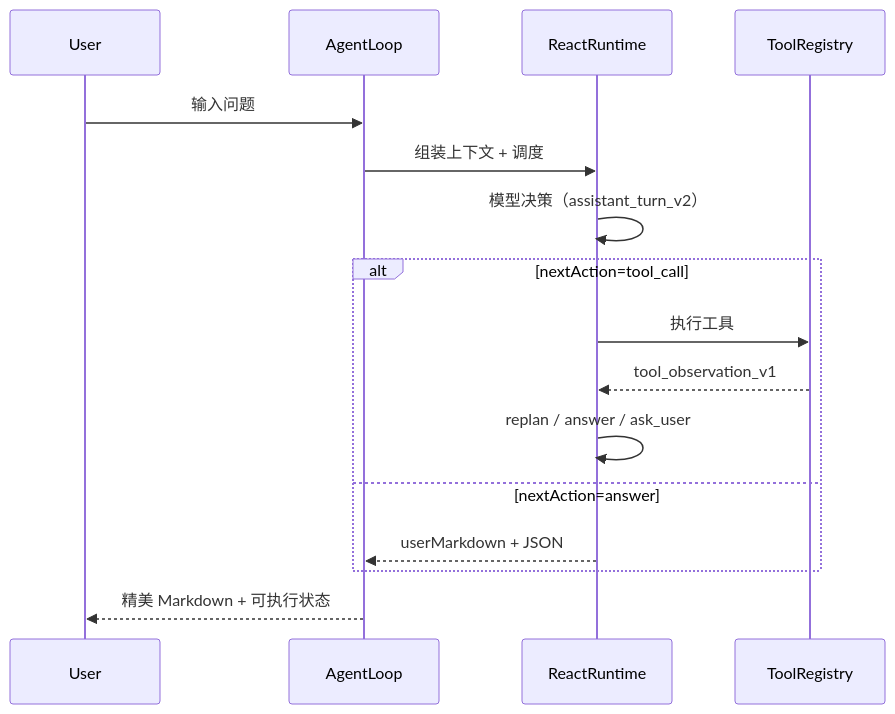
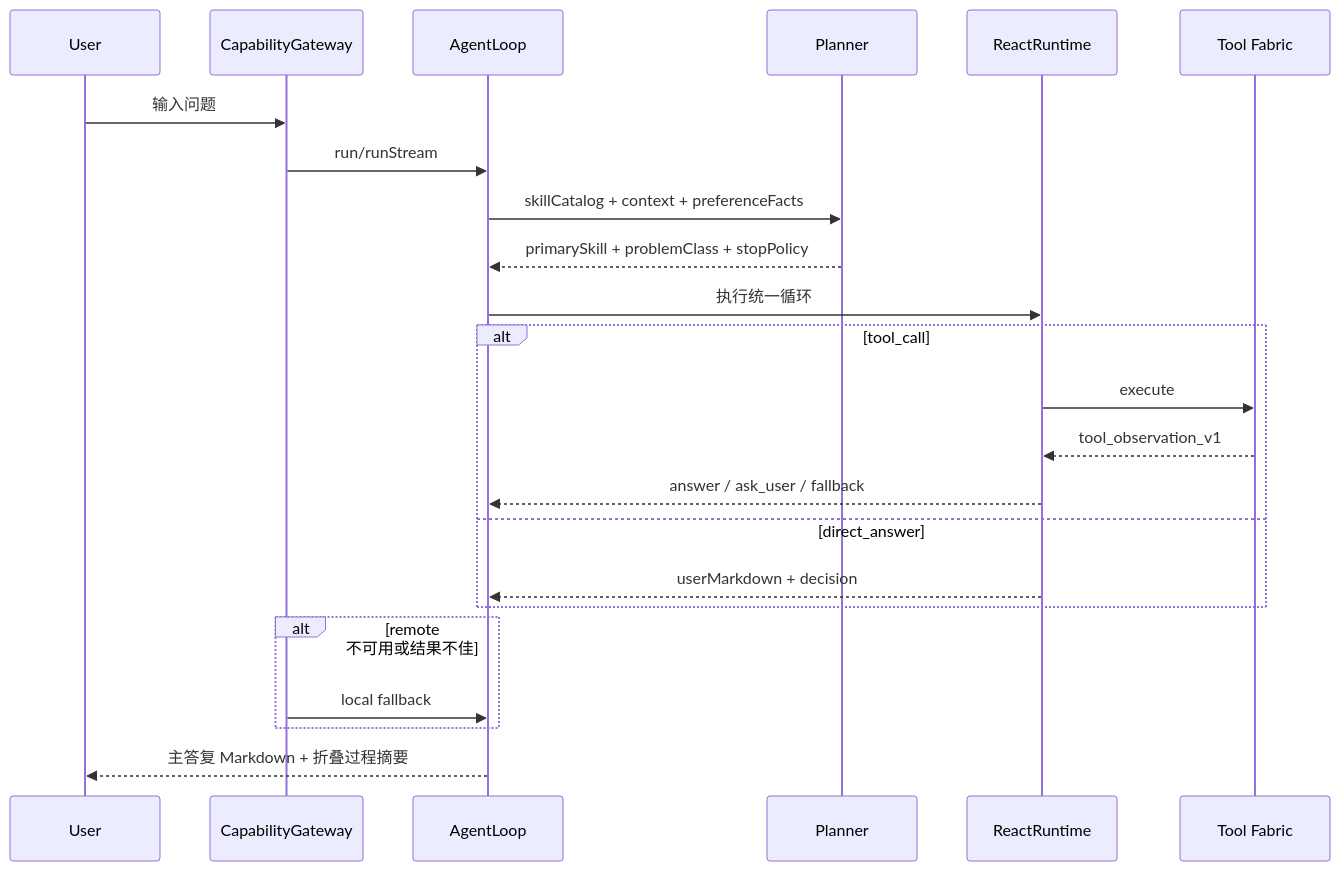
Before and after one commit to openstudio2022/quwoquan: the third of 3 diagrams in specs/feature-tree/assistant-run-learning/world-class-trinity-experience-baseline/design.md, drawn with Mermaid. The commit also changed other lines of this file and 234 other files, not shown here.

````diff
--- a/specs/feature-tree/assistant-run-learning/world-class-trinity-experience-baseline/design.md
+++ b/specs/feature-tree/assistant-run-learning/world-class-trinity-experience-baseline/design.md
@@ -139,18 +645,25 @@
 ```mermaid
 sequenceDiagram
   participant U as User
+  participant C as CapabilityGateway
   participant A as AgentLoop
+  participant P as Planner
   participant R as ReactRuntime
-  participant T as ToolRegistry
-  U->>A: 输入问题
-  A->>R: 组装上下文 + 调度
-  R->>R: 模型决策（assistant_turn_v2）
-  alt nextAction=tool_call
-    R->>T: 执行工具
+  participant T as Tool Fabric
+  U->>C: 输入问题
+  C->>A: run/runStream
+  A->>P: skillCatalog + context + preferenceFacts
+  P-->>A: primarySkill + problemClass + stopPolicy
+  A->>R: 执行统一循环
+  alt tool_call
+    R->>T: execute
     T-->>R: tool_observation_v1
-    R->>R: replan / answer / ask_user
-  else nextAction=answer
-    R-->>A: userMarkdown + JSON
+    R-->>A: answer / ask_user / fallback
+  else direct_answer
+    R-->>A: userMarkdown + decision
   end
-  A-->>U: 精美 Markdown + 可执行状态
+  alt remote 不可用或结果不佳
+    C->>A: local fallback
+  end
+  A-->>U: 主答复 Markdown + 折叠过程摘要
 ```
````
